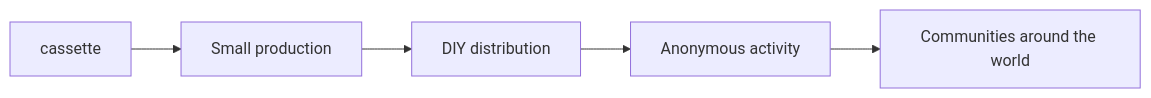
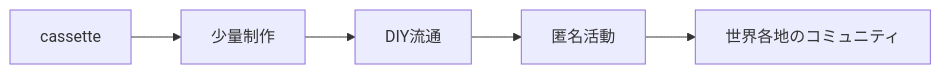
One commit to monumental-movement/monumental-movement.github.io changed the sixth of 9 diagrams in en/_posts/2026-07-07-column-angine-de-poitrine-caroliner-rubber-o-cement.md. Above: the diagram before and after it, drawn with Mermaid. The commit also changed other lines of this file and 1012 other files, not shown here.

```diff
--- a/en/_posts/2026-07-07-column-angine-de-poitrine-caroliner-rubber-o-cement.md
+++ b/en/_posts/2026-07-07-column-angine-de-poitrine-caroliner-rubber-o-cement.md
@@ -682,15 +682,15 @@
 <div class="mermaid">
 flowchart LR
 
 A["cassette"]
-B["Small production"]
-C["DIY distribution"]
-D["Anonymous activity"]
-E["Communities around the world"]
+B["少量制作"]
+C["DIY流通"]
+D["匿名活動"]
+E["世界各地のコミュニティ"]
 
 A --> B
 B --> C
 C --> D
 D --> E
 
 </div>
```
